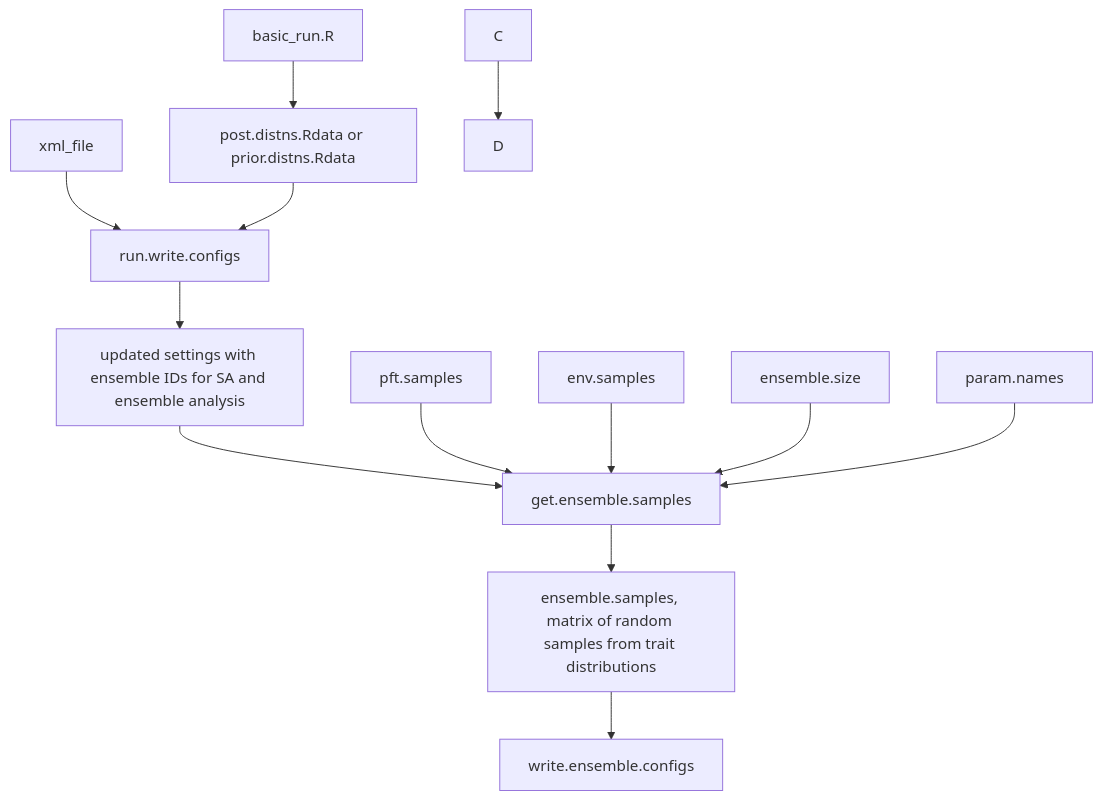
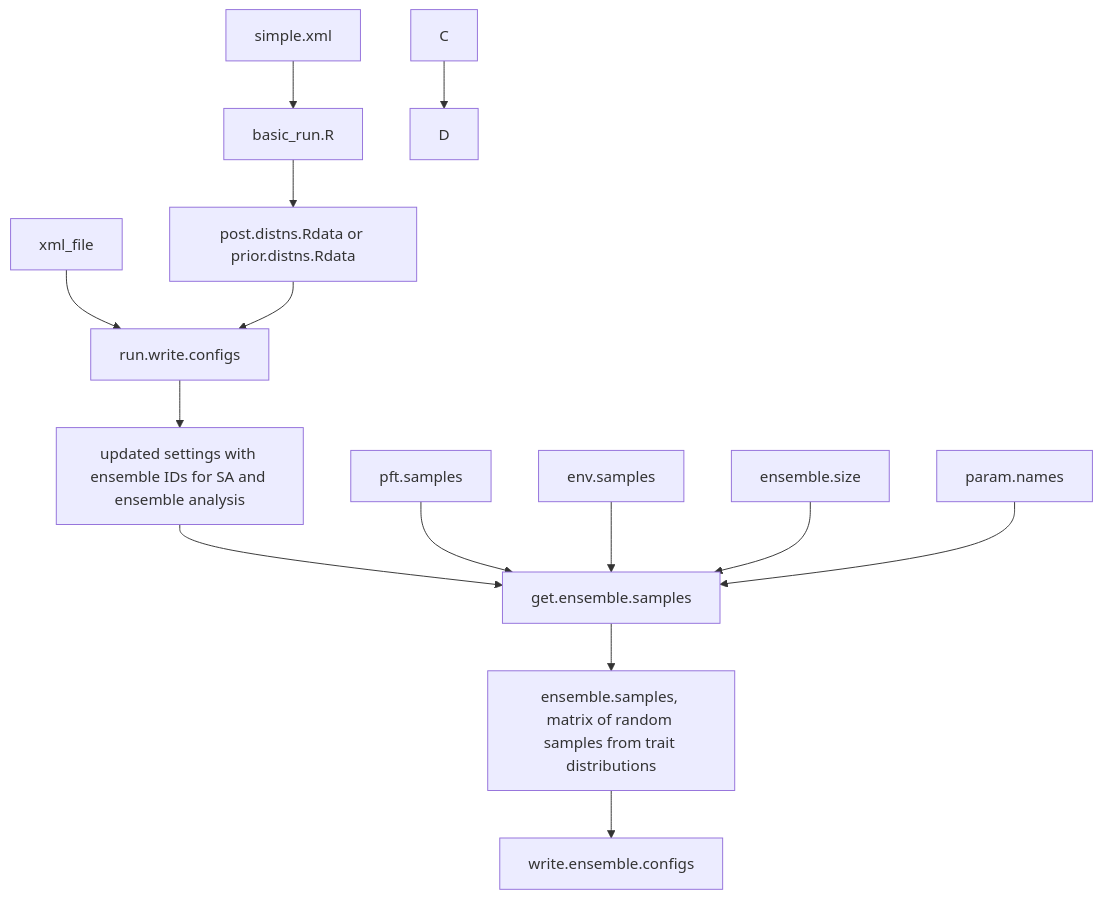
The diagram in README.md (ecamo19/gsoc_project_2022_vm), drawn with Mermaid before and after one commit.

````diff
--- a/README.md
+++ b/README.md
@@ -50,15 +50,16 @@
 ```mermaid
   graph TD;
       settings[xml_file]-->run.write.configs;
+      simple.xml-->basic_run.R;
       basic_run.R-->posterior.files[post.distns.Rdata or prior.distns.Rdata];
       posterior.files[post.distns.Rdata or prior.distns.Rdata]-->run.write.configs;
       run.write.configs-->output_1[updated settings with ensemble IDs for SA and ensemble analysis ];
       output_1[updated settings with ensemble IDs for SA and ensemble analysis]-->get.ensemble.samples;
       input_get_ensemble_1[pft.samples]-->get.ensemble.samples;
       input_get_ensemble_2[env.samples]-->get.ensemble.samples;
       input_get_ensemble_3[ensemble.size]-->get.ensemble.samples;
       input_get_ensemble_4[param.names]-->get.ensemble.samples;
       get.ensemble.samples--> output_get_ensemble[ensemble.samples, matrix of random samples from trait distributions];
       output_get_ensemble[ensemble.samples, matrix of random samples from trait distributions]-->write.ensemble.configs;
       C-->D;
 ```
````
